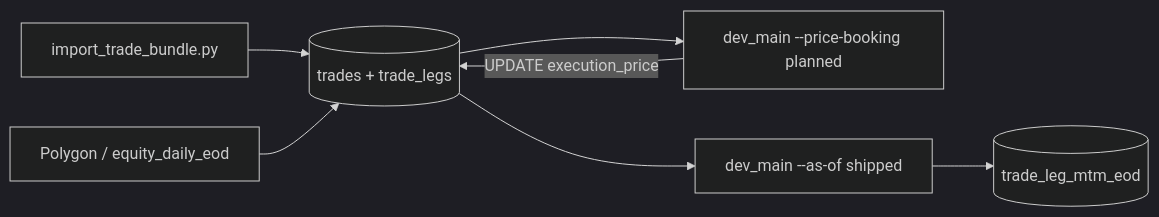
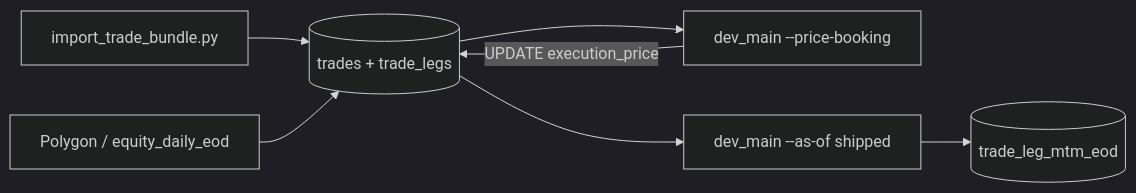
Before and after one commit to krzysiekbienias/numeraire: the tenth of 11 diagrams in docs/architecture.md, drawn with Mermaid (dark theme). The commit also changed other lines of this file and 7 other files, not shown here.

````diff
--- a/docs/architecture.md
+++ b/docs/architecture.md
@@ -471,9 +471,9 @@
 ```mermaid
 flowchart LR
     JSON[import_trade_bundle.py] --> BOOK[(trades + trade_legs)]
     EOD[Polygon / equity_daily_eod] --> BOOK
-    BOOK --> PB["dev_main --price-booking planned"]
+    BOOK --> PB["dev_main --price-booking"]
     PB -->|UPDATE execution_price| BOOK
     BOOK --> MTM["dev_main --as-of shipped"]
     MTM --> MTM_TBL[(trade_leg_mtm_eod)]
 ```
````
